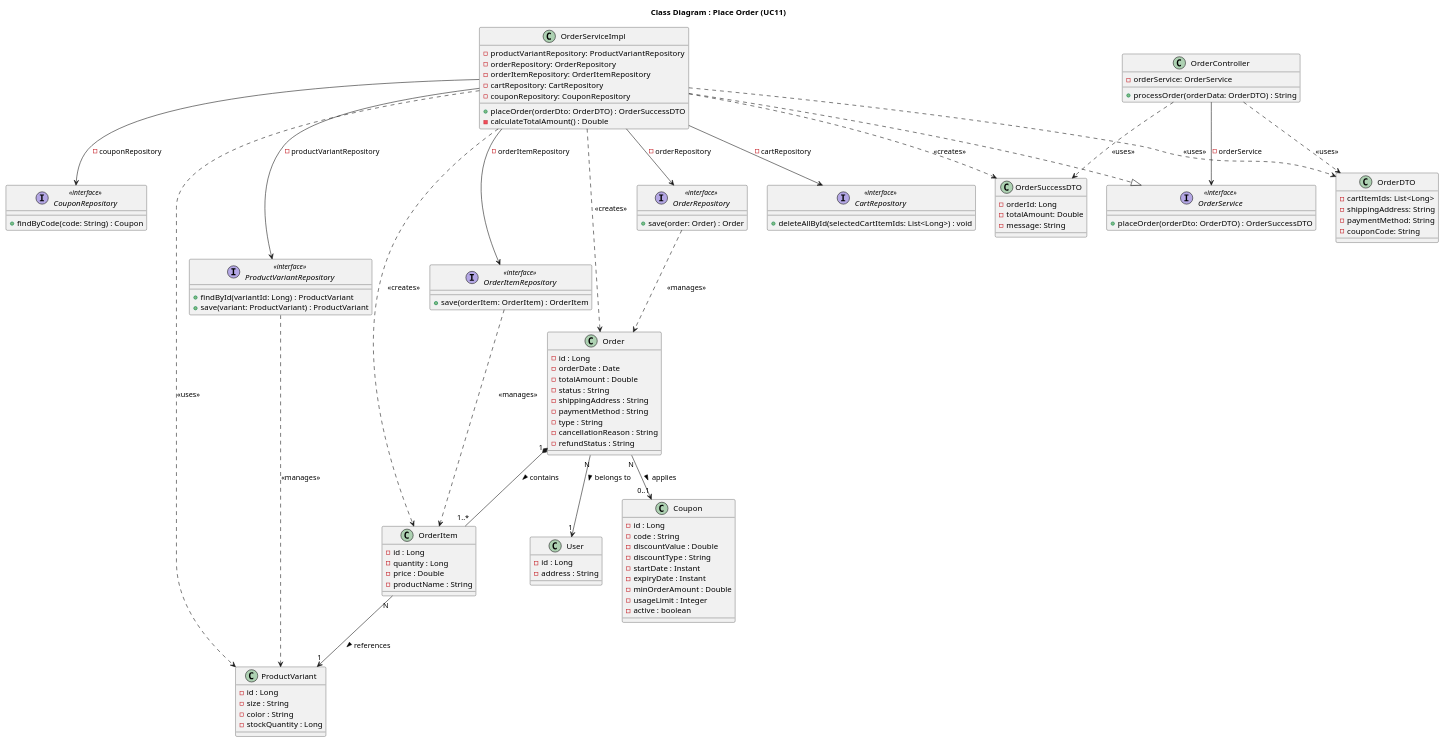
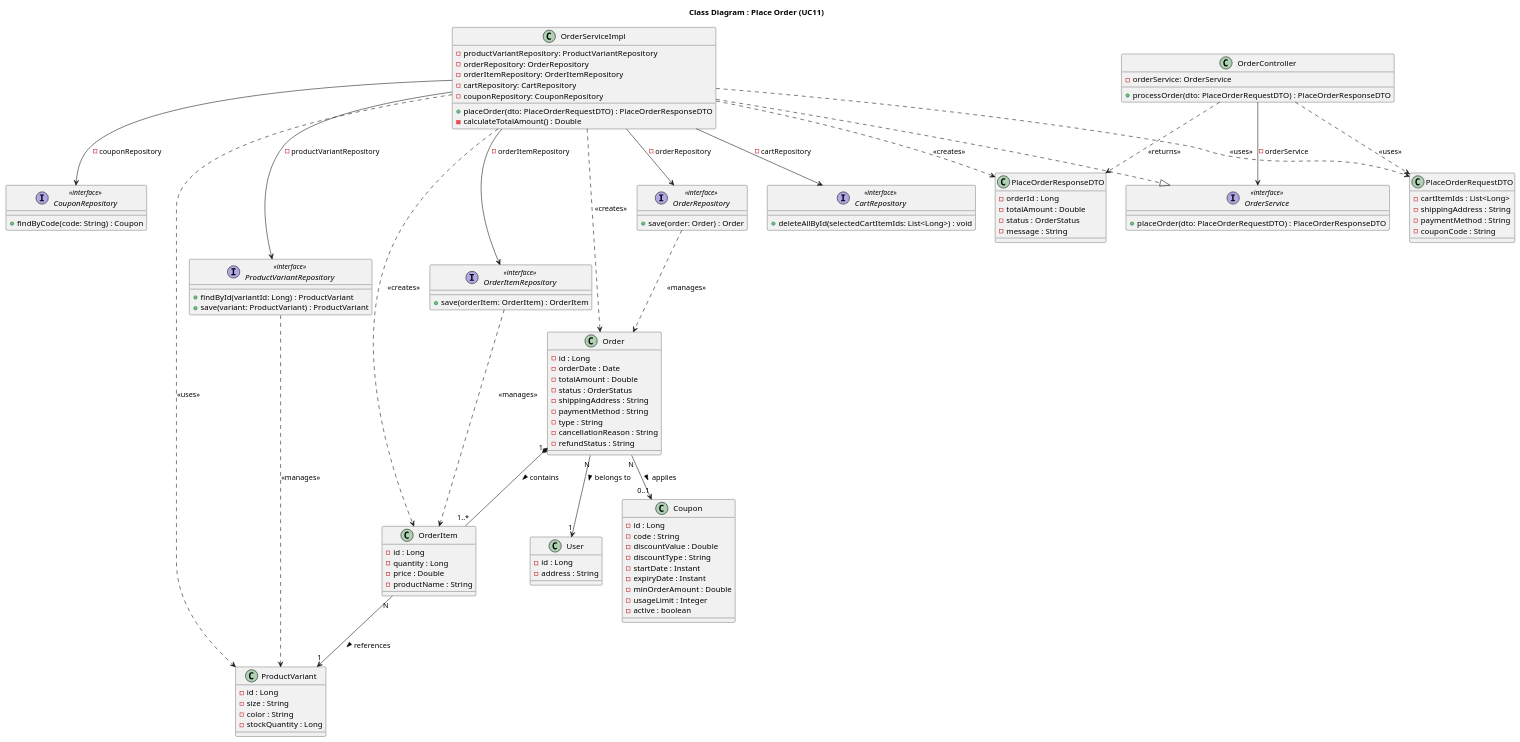
One commit to Peterdir/fashion-store-system changed the diagram in src/main/java/org/example/fashionstoresystem/uml/Class/CD11_PlaceOrder.puml. Above: the diagram before and after it, drawn with PlantUML. The commit also changed 36 other files, not shown here.

```diff
--- a/src/main/java/org/example/fashionstoresystem/uml/Class/CD11_PlaceOrder.puml
+++ b/src/main/java/org/example/fashionstoresystem/uml/Class/CD11_PlaceOrder.puml
@@ -1,137 +1,141 @@
 @startuml
 title Class Diagram : Place Order (UC11)
 
 ' Controller
 class OrderController {
     - orderService: OrderService
-    + processOrder(orderData: OrderDTO) : String
+    + processOrder(dto: PlaceOrderRequestDTO) : PlaceOrderResponseDTO
 }
 
 ' Service
 
 interface OrderService <<interface>>{
-    + placeOrder(orderDto: OrderDTO) : OrderSuccessDTO
+    + placeOrder(dto: PlaceOrderRequestDTO) : PlaceOrderResponseDTO
 }
 
 class OrderServiceImpl {
-    + placeOrder(orderDto: OrderDTO) : OrderSuccessDTO
+    + placeOrder(dto: PlaceOrderRequestDTO) : PlaceOrderResponseDTO
     - calculateTotalAmount() : Double
     - productVariantRepository: ProductVariantRepository
     - orderRepository: OrderRepository
     - orderItemRepository: OrderItemRepository
     - cartRepository: CartRepository
     - couponRepository: CouponRepository
 }
 
 ' Repository
 interface ProductVariantRepository <<interface>> {
     + findById(variantId: Long) : ProductVariant
     + save(variant: ProductVariant) : ProductVariant
 }
 
 interface OrderRepository <<interface>> {
     + save(order: Order) : Order
 }
 
 interface OrderItemRepository <<interface>> {
     + save(orderItem: OrderItem) : OrderItem
 }
 
 interface CartRepository <<interface>> {
     + deleteAllById(selectedCartItemIds: List<Long>) : void
 }
 
 interface CouponRepository <<interface>> {
     + findByCode(code: String) : Coupon
 }
 
-' Entity & DTO
-class OrderDTO {
-    - cartItemIds: List<Long>
-    - shippingAddress: String
-    - paymentMethod: String
-    - couponCode: String
+' DTO
+
+class PlaceOrderRequestDTO {
+    - cartItemIds : List<Long>
+    - shippingAddress : String
+    - paymentMethod : String
+    - couponCode : String
 }
 
-class OrderSuccessDTO {
-    - orderId: Long
-    - totalAmount: Double
-    - message: String
+class PlaceOrderResponseDTO {
+    - orderId : Long
+    - totalAmount : Double
+    - status : OrderStatus
+    - message : String
 }
+
+' Entity
 
 class Order {
     - id : Long
     - orderDate : Date
     - totalAmount : Double
-    - status : String
+    - status : OrderStatus
     - shippingAddress : String
     - paymentMethod : String
     - type : String
     - cancellationReason : String
     - refundStatus : String
 }
 
 class OrderItem {
     - id : Long
     - quantity : Long
     - price : Double
     - productName : String
 }
 
 class ProductVariant {
     - id : Long
     - size : String
     - color : String
     - stockQuantity : Long
 }
 
 class Coupon {
     - id : Long
     - code : String
     - discountValue : Double
     - discountType : String
     - startDate : Instant
     - expiryDate : Instant
     - minOrderAmount : Double
     - usageLimit : Integer
     - active : boolean
 }
 
 class User {
     - id : Long
     - address : String
 }
 
 ' Relationships
 
 Order "1" *-- "1..*" OrderItem : contains >
 Order "N" --> "1" User : belongs to >
 Order "N" --> "0..1" Coupon : applies >
 OrderItem "N" --> "1" ProductVariant : references >
 
 ' Class implement Interface
 OrderServiceImpl ..|> OrderService
 
 ' Dependency Injection
 OrderController --> OrderService: - orderService
 OrderServiceImpl --> ProductVariantRepository: - productVariantRepository
 OrderServiceImpl --> OrderRepository: - orderRepository
 OrderServiceImpl --> OrderItemRepository: - orderItemRepository
 OrderServiceImpl --> CartRepository: - cartRepository
 OrderServiceImpl --> CouponRepository: - couponRepository
 
 ' Object Usage
-OrderController ..> OrderDTO : <<uses>>
-OrderController ..> OrderSuccessDTO : <<uses>>
-OrderServiceImpl ..> OrderDTO : <<uses>>
-OrderServiceImpl ..> OrderSuccessDTO : <<creates>>
+OrderController ..> PlaceOrderRequestDTO : <<uses>>
+OrderController ..> PlaceOrderResponseDTO : <<returns>>
+OrderServiceImpl ..> PlaceOrderRequestDTO : <<uses>>
+OrderServiceImpl ..> PlaceOrderResponseDTO : <<creates>>
 
 OrderRepository ..> Order : <<manages>>
 OrderServiceImpl ..> Order : <<creates>>
 
 ProductVariantRepository ..> ProductVariant : <<manages>>
 OrderServiceImpl ..> ProductVariant : <<uses>>
 
 OrderItemRepository ..> OrderItem : <<manages>>
 OrderServiceImpl ..> OrderItem : <<creates>>
 @enduml
```
